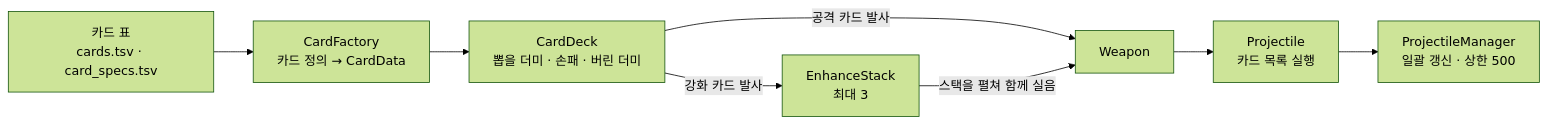
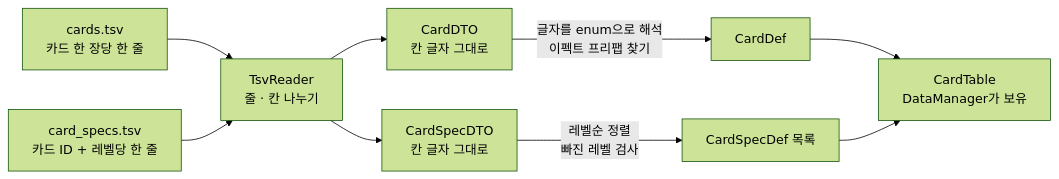
Before and after one commit to SaGiKun4/portfolio-SaGiKun4: the second of 4 diagrams in src/03-MagiCard/MagiCard_기술문서.md, drawn with Mermaid (forest theme). The commit also changed other lines of this file and 1 other file, not shown here.

First line of the commit message:
MagiCard 기술 문서: 2.1 카드 데이터 흐름을 다이어그램 2개로 나누고 2.2 실행 순서를 표로 바꿈

````diff
--- a/src/03-MagiCard/MagiCard_기술문서.md
+++ b/src/03-MagiCard/MagiCard_기술문서.md
@@ -80,10 +82,11 @@
 ```mermaid
 flowchart LR
-    T["카드 표<br/>cards.tsv · card_specs.tsv"] --> F["CardFactory<br/>카드 정의 → CardData"]
-    F --> D["CardDeck<br/>뽑을 더미 · 손패 · 버린 더미"]
-    D -->|"강화 카드 발사"| S["EnhanceStack<br/>최대 3"]
-    D -->|"공격 카드 발사"| W["Weapon"]
-    S -->|"스택을 펼쳐 함께 실음"| W
-    W --> P["Projectile<br/>카드 목록 실행"]
-    P --> M["ProjectileManager<br/>일괄 갱신 · 상한 500"]
+    T1["cards.tsv<br/>카드 한 장당 한 줄"] --> R["TsvReader<br/>줄 · 칸 나누기"]
+    T2["card_specs.tsv<br/>카드 ID + 레벨당 한 줄"] --> R
+    R --> D1["CardDTO<br/>칸 글자 그대로"]
+    R --> D2["CardSpecDTO<br/>칸 글자 그대로"]
+    D1 -->|"글자를 enum으로 해석<br/>이펙트 프리팹 찾기"| F1["CardDef"]
+    D2 -->|"레벨순 정렬<br/>빠진 레벨 검사"| F2["CardSpecDef 목록"]
+    F1 --> CT["CardTable<br/>DataManager가 보유"]
+    F2 --> CT
 ```
````
